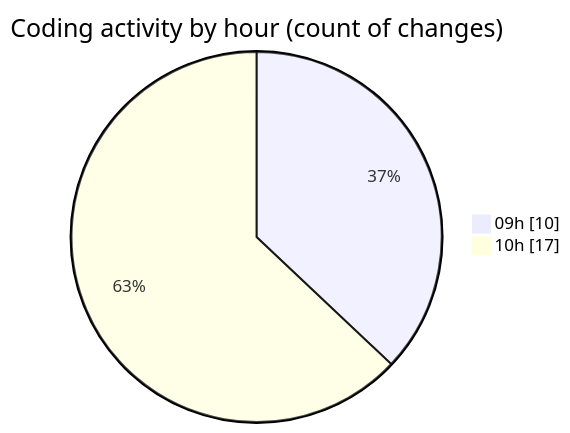
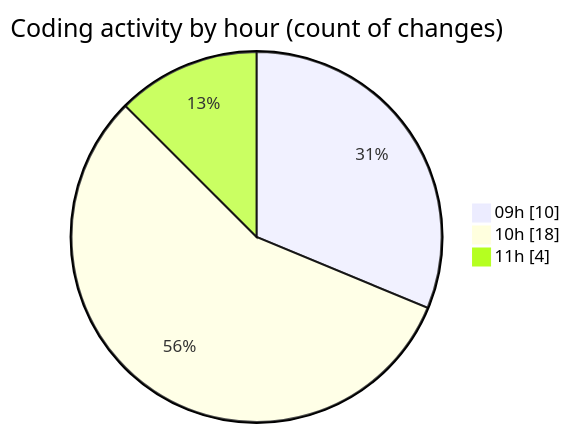
Before and after one commit to CELIANVF/code-tracking: the second of 2 diagrams in 2025-05-09/ecodeli/README.md, drawn with Mermaid. The commit also changed other lines of this file and 1 other file, not shown here.

````diff
--- a/2025-05-09/ecodeli/README.md
+++ b/2025-05-09/ecodeli/README.md
@@ -39,6 +39,7 @@
 ```mermaid
 pie showData
 title Coding activity by hour (count of changes)
 "09h" : 10
-"10h" : 17
+"10h" : 18
+"11h" : 4
 ```
````
